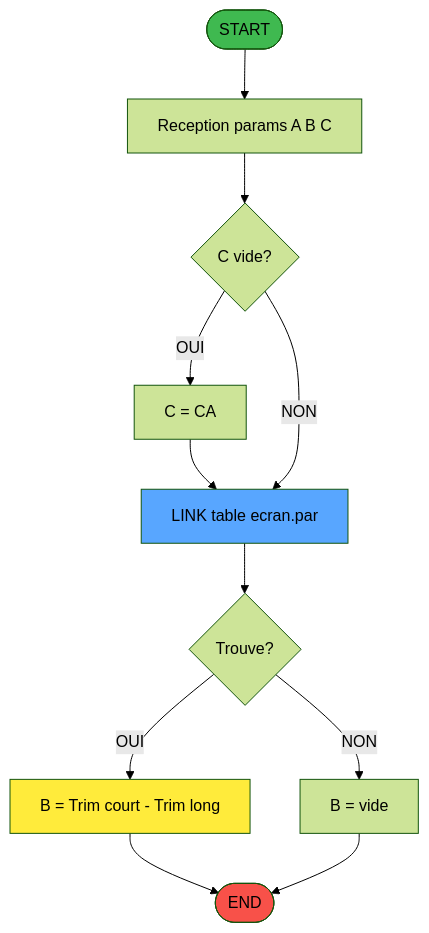
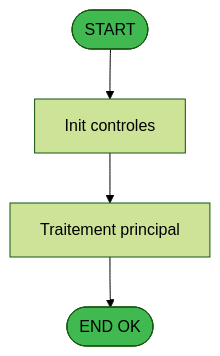
The first of 3 diagrams in .openspec/specs/ADH-IDE-43.md (thonyAGP/magic-migration), drawn with Mermaid (forest theme) before and after one commit. The commit also changed other lines of this file and 311 other files, not shown here.

````diff
--- a/.openspec/specs/ADH-IDE-43.md
+++ b/.openspec/specs/ADH-IDE-43.md
@@ -95,24 +70,13 @@
 ```mermaid
 flowchart TD
     START([START])
-    PARAMS["Reception params A B C"]
-    DEFAULT{"C vide?"}
-    SETCA["C = CA"]
-    LINK["LINK table ecran.par"]
-    LOOKUP{"Trouve?"}
-    CONCAT["B = Trim court - Trim long"]
-    EMPTY["B = vide"]
-    ENDOK([END])
+    INIT[Init controles]
+    SAISIE[Traitement principal]
+    ENDOK([END OK])
 
-    START --> PARAMS --> DEFAULT
-    DEFAULT -->|OUI| SETCA --> LINK
-    DEFAULT -->|NON| LINK
-    LINK --> LOOKUP
-    LOOKUP -->|OUI| CONCAT --> ENDOK
-    LOOKUP -->|NON| EMPTY --> ENDOK
+    START --> INIT --> SAISIE
+    SAISIE --> ENDOK
 
-    style START fill:#3fb950
-    style ENDOK fill:#f85149
-    style LINK fill:#58a6ff
-    style CONCAT fill:#ffeb3b
+    style START fill:#3fb950,color:#000
+    style ENDOK fill:#3fb950,color:#000
 ```
````
